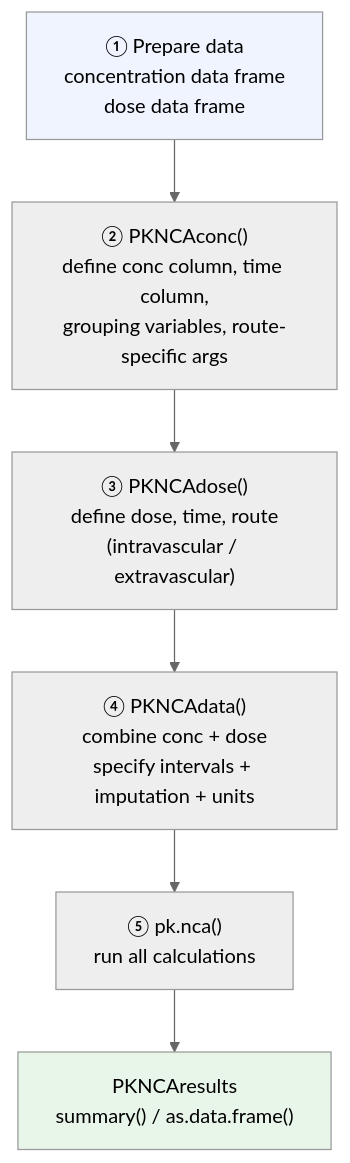
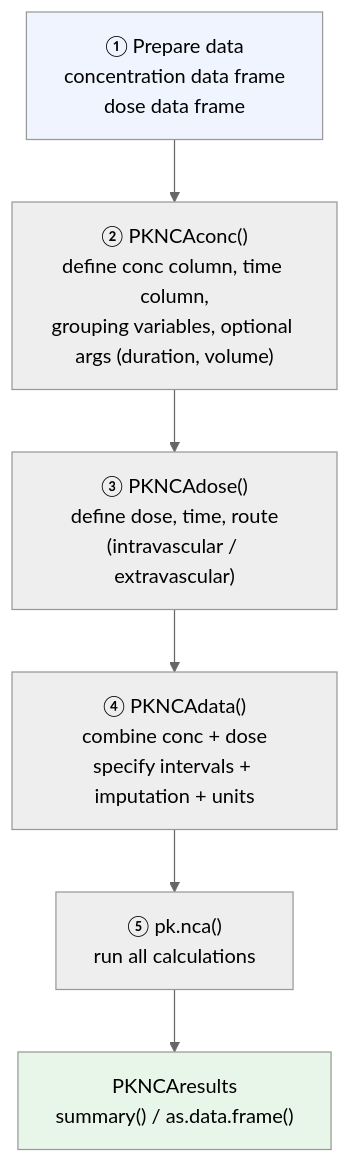
Before and after one commit to humanpred/pknca-book: the diagram in user/workflow.qmd, drawn with Mermaid (neutral theme). The commit also changed other lines of this file and 24 other files, not shown here.

````diff
--- a/user/workflow.qmd
+++ b/user/workflow.qmd
@@ -16,12 +16,12 @@
 ```{mermaid}
 flowchart TD
     S1["① Prepare data<br/>concentration data frame<br/>dose data frame"] --> S2
-    S2["② PKNCAconc()<br/>define conc column, time column,<br/>grouping variables, route-specific args"] --> S3
+    S2["② PKNCAconc()<br/>define conc column, time column,<br/>grouping variables, optional args (duration, volume)"] --> S3
     S3["③ PKNCAdose()<br/>define dose, time, route<br/>(intravascular / extravascular)"] --> S4
     S4["④ PKNCAdata()<br/>combine conc + dose<br/>specify intervals + imputation + units"] --> S5
     S5["⑤ pk.nca()<br/>run all calculations"] --> S6
     S6["PKNCAresults<br/>summary() / as.data.frame()"]
 
     style S1 fill:#f0f4ff
     style S6 fill:#e8f5e9
 ```
````
